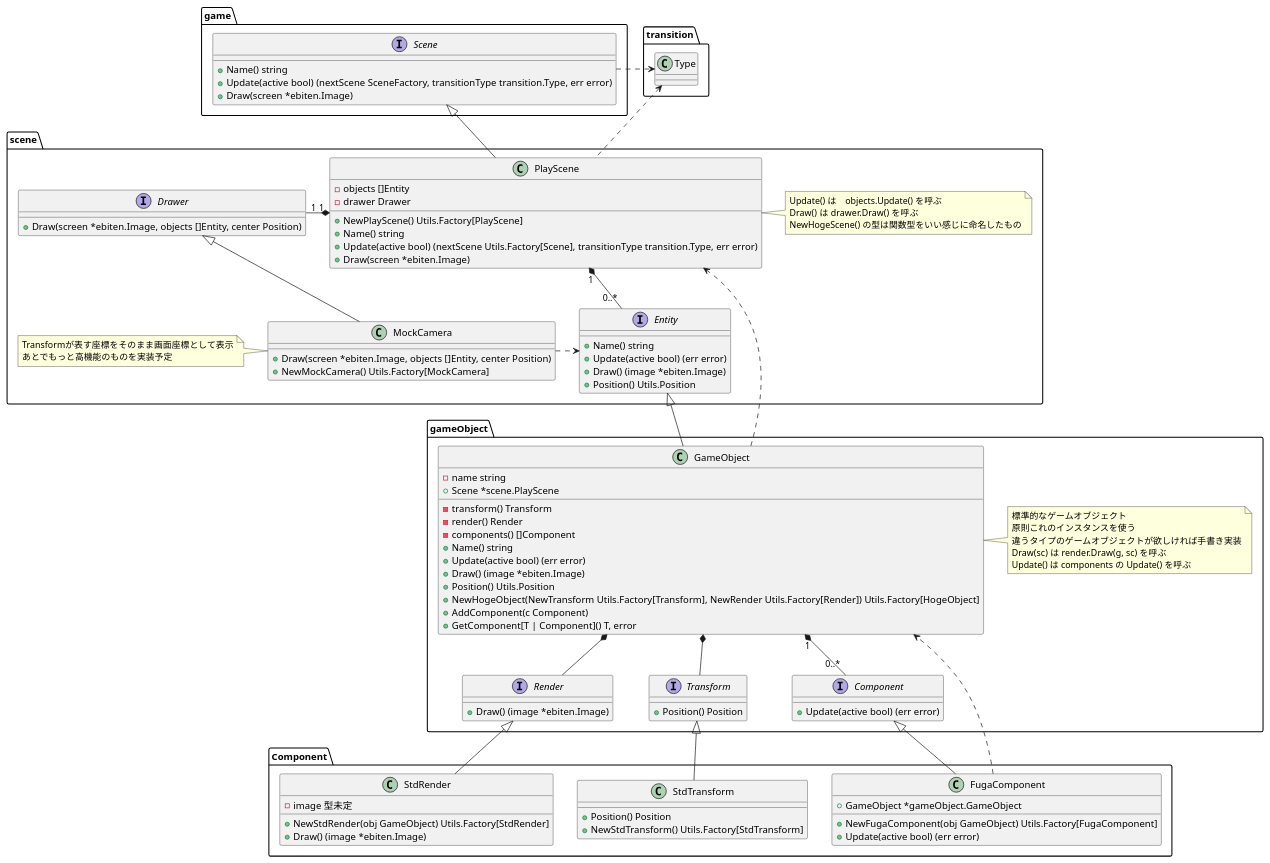
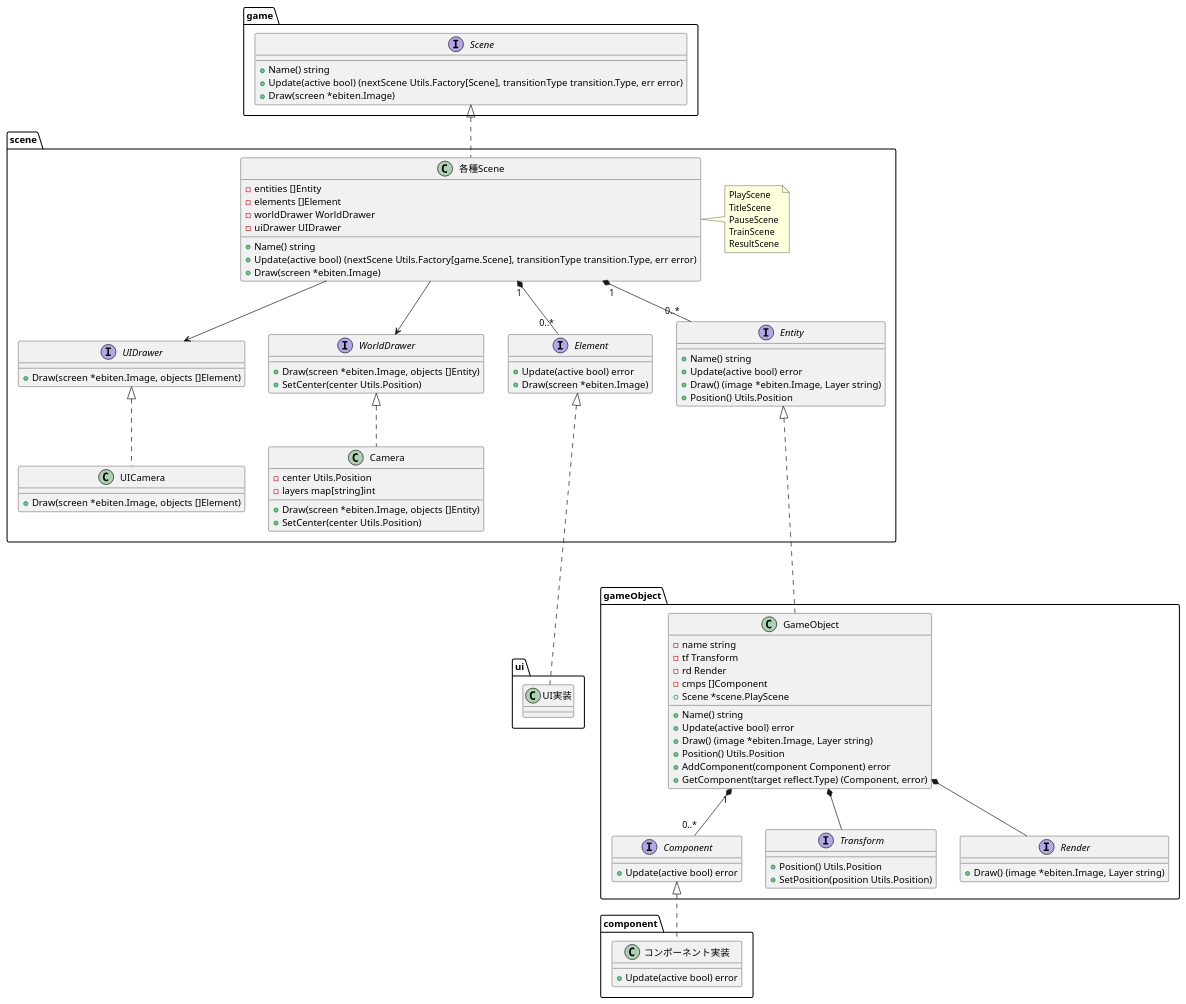
Before and after one commit to kmc-jp/Gamedev_Tempura-of-p--Phenylazo-phenol: the diagram in Docs/Scene_class_diagram.puml, drawn with PlantUML. The commit also changed 3 other files, not shown here.

Commit message:
クラス図の改訂

```diff
--- a/Docs/Scene_class_diagram.puml
+++ b/Docs/Scene_class_diagram.puml
@@ -1,118 +1,124 @@
 @startuml Scene_class_diagram
 
-package transition {
-    class Type{}
-}
+top to bottom direction
 
 package game {
     interface Scene {
         + Name() string
-        + Update(active bool) (nextScene SceneFactory, transitionType transition.Type, err error)
+        + Update(active bool) (nextScene Utils.Factory[Scene], transitionType transition.Type, err error)
+        + Draw(screen *ebiten.Image)
+    }
+}
+
+package scene {
+    interface WorldDrawer {
+        + Draw(screen *ebiten.Image, objects []Entity)
+        + SetCenter(center Utils.Position)
+    }
+
+    interface UIDrawer {
+        + Draw(screen *ebiten.Image, objects []Element)
+    }
+
+    interface Element {
+        + Update(active bool) error
         + Draw(screen *ebiten.Image)
     }
 
-    Scene .right.> transition.Type
-}
-
-package scene {
-    class PlayScene {
-        - objects []Entity
-        - drawer Drawer
-        + NewPlayScene() Utils.Factory[PlayScene]
-        + Name() string
-        + Update(active bool) (nextScene Utils.Factory[Scene], transitionType transition.Type, err error)
-        + Draw(screen *ebiten.Image)
-    }
-    note right of PlayScene : Update() は　objects.Update() を呼ぶ\nDraw() は drawer.Draw() を呼ぶ\nNewHogeScene() の型は関数型をいい感じに命名したもの
-
-    PlayScene -up-|> game.Scene
-    PlayScene .up.> transition.Type
-
-
-    PlayScene "1" *-- "0..*" Entity
-    PlayScene "1" *-left- "1" Drawer
-
     interface Entity {
         + Name() string
-        + Update(active bool) (err error)
-        + Draw() (image *ebiten.Image)
+        + Update(active bool) error
+        + Draw() (image *ebiten.Image, Layer string)
         + Position() Utils.Position
     }
 
-    interface Drawer {
-        + Draw(screen *ebiten.Image, objects []Entity, center Position)
+    class "各種Scene" as HogeScene {
+        - entities []Entity
+        - elements []Element
+        - worldDrawer WorldDrawer
+        - uiDrawer UIDrawer
+        + Name() string
+        + Update(active bool) (nextScene Utils.Factory[game.Scene], transitionType transition.Type, err error)
+        + Draw(screen *ebiten.Image)
     }
 
-    class MockCamera {
-        + Draw(screen *ebiten.Image, objects []Entity, center Position)
-        + NewMockCamera() Utils.Factory[MockCamera]
+    note right of HogeScene
+    PlayScene
+    TitleScene
+    PauseScene
+    TrainScene
+    ResultScene
+    end note
+
+
+    class Camera {
+        - center Utils.Position
+        - layers map[string]int
+        + Draw(screen *ebiten.Image, objects []Entity)
+        + SetCenter(center Utils.Position)
     }
-    note left of MockCamera : Transformが表す座標をそのまま画面座標として表示\nあとでもっと高機能のものを実装予定
 
-    MockCamera -up-|> Drawer
-    MockCamera .> Entity
+    class UICamera {
+        + Draw(screen *ebiten.Image, objects []Element)
+    }
 }
 
 package gameObject {
     class GameObject {
         - name string
+        - tf Transform
+        - rd Render
+        - cmps []Component
         + Scene *scene.PlayScene
-        - transform() Transform
-        - render() Render
-        - components() []Component
         + Name() string
-        + Update(active bool) (err error)
-        + Draw() (image *ebiten.Image)
+        + Update(active bool) error
+        + Draw() (image *ebiten.Image, Layer string)
         + Position() Utils.Position
-        + NewHogeObject(NewTransform Utils.Factory[Transform], NewRender Utils.Factory[Render]) Utils.Factory[HogeObject]
-        + AddComponent(c Component)
-        + GetComponent[T | Component]() T, error
+        + AddComponent(component Component) error
+        + GetComponent(target reflect.Type) (Component, error)
     }
-    note right of GameObject : 標準的なゲームオブジェクト\n原則これのインスタンスを使う\n違うタイプのゲームオブジェクトが欲しければ手書き実装\nDraw(sc) は render.Draw(g, sc) を呼ぶ\nUpdate() は components の Update() を呼ぶ
-
-    GameObject -up-|> scene.Entity
-    GameObject ...> scene.PlayScene
-    GameObject *-- Transform
-    GameObject *-- Render
-
-    GameObject "1" *-- "0..*" Component
 
     interface Transform {
-        + Position() Position
+        + Position() Utils.Position
+        + SetPosition(position Utils.Position)
     }
 
     interface Render {
-        + Draw() (image *ebiten.Image)
+        + Draw() (image *ebiten.Image, Layer string)
     }
 
     interface Component {
-        + Update(active bool) (err error)
+        + Update(active bool) error
     }
 }
 
-package Component {
-    class FugaComponent {
-        + GameObject *gameObject.GameObject
-        + NewFugaComponent(obj GameObject) Utils.Factory[FugaComponent]
-        + Update(active bool) (err error)
+package component {
+    class "コンポーネント実装" as CompImpl {
+        + Update(active bool) error
     }
+}
 
-    FugaComponent -up-|> gameObject.Component
-    FugaComponent ...> gameObject.GameObject
+package ui {
+    class "UI実装" as UIImpl
+}
 
-    class StdTransform {
-        + Position() Position
-        + NewStdTransform() Utils.Factory[StdTransform]
-    }
+scene.HogeScene .up.|> game.Scene
 
-    StdTransform -up-|> gameObject.Transform
+scene.HogeScene "1" *-down- "0..*" scene.Entity
+scene.HogeScene "1" *-down- "0..*" scene.Element
+scene.HogeScene -down-> scene.WorldDrawer
+scene.HogeScene -down-> scene.UIDrawer
 
-    class StdRender {
-        - image 型未定
-        + NewStdRender(obj GameObject) Utils.Factory[StdRender]
-        + Draw() (image *ebiten.Image)
-    }
+scene.Camera .up.|> scene.WorldDrawer
+scene.UICamera .up.|> scene.UIDrawer
 
-    StdRender -up-|> gameObject.Render
-}
+gameObject.GameObject ..up..|> scene.Entity
+gameObject.GameObject *-down- gameObject.Transform
+gameObject.GameObject *-down- gameObject.Render
+gameObject.GameObject "1" *-down- "0..*" gameObject.Component
+
+component.CompImpl .up.|> gameObject.Component
+
+ui.UIImpl ..up..|> scene.Element
+
 @enduml
```
